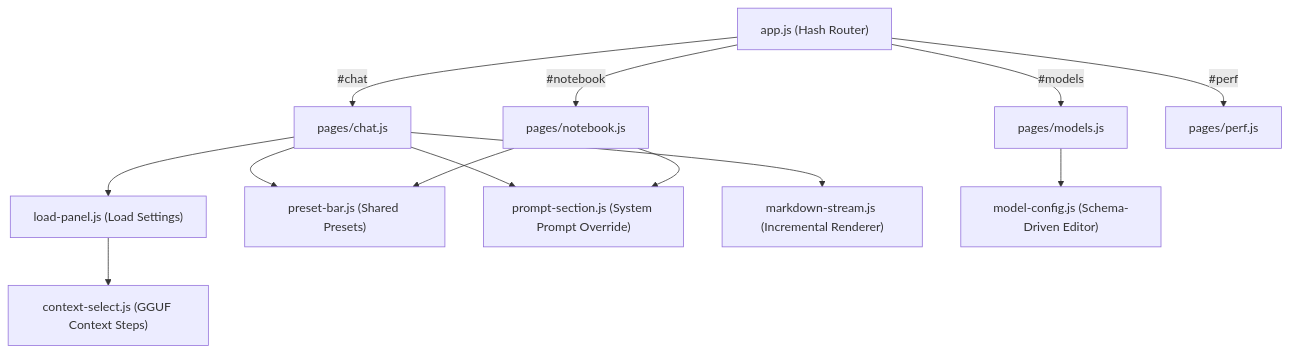
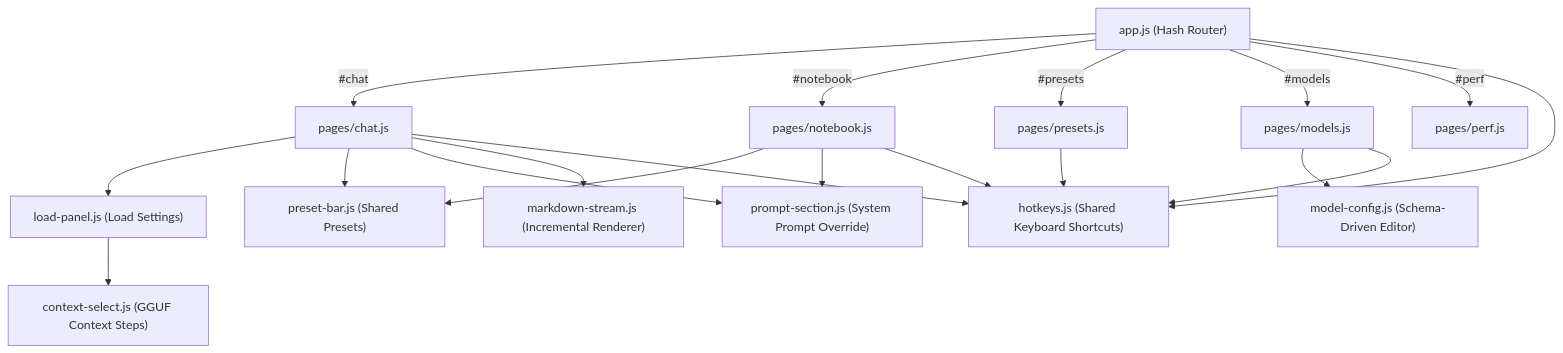
One commit to fblissjr/heylookitsanllm changed the first of 3 diagrams in docs/wiki/frontend_core.md. Above: the diagram before and after it, drawn with Mermaid. The commit also changed 3 other files, not shown here.

Commit message:
docs: update frontend_v3_user_guide.md and frontend_core.md diagram for v2.0.214-v2.0.219 (v2.0.220)

````diff
--- a/docs/wiki/frontend_core.md
+++ b/docs/wiki/frontend_core.md
@@ -38,19 +38,25 @@
 ```mermaid
 flowchart TD
     App["app.js (Hash Router)"]
     App -->|"#chat"| Chat["pages/chat.js"]
     App -->|"#notebook"| NB["pages/notebook.js"]
+    App -->|"#presets"| Presets["pages/presets.js"]
     App -->|"#models"| Models["pages/models.js"]
     App -->|"#perf"| Perf["pages/perf.js"]
+    App --> Hotkeys["hotkeys.js (Shared Keyboard Shortcuts)"]
 
     Chat --> LoadPanel["load-panel.js (Load Settings)"]
     LoadPanel --> CtxSelect["context-select.js (GGUF Context Steps)"]
     Chat --> PresetBar["preset-bar.js (Shared Presets)"]
     Chat --> PromptSec["prompt-section.js (System Prompt Override)"]
     Chat --> MStream["markdown-stream.js (Incremental Renderer)"]
+    Chat --> Hotkeys
     
     NB --> PresetBar
     NB --> PromptSec
+    NB --> Hotkeys
     
+    Presets --> Hotkeys
     Models --> ModelConfig["model-config.js (Schema-Driven Editor)"]
+    Models --> Hotkeys
 ```
````
